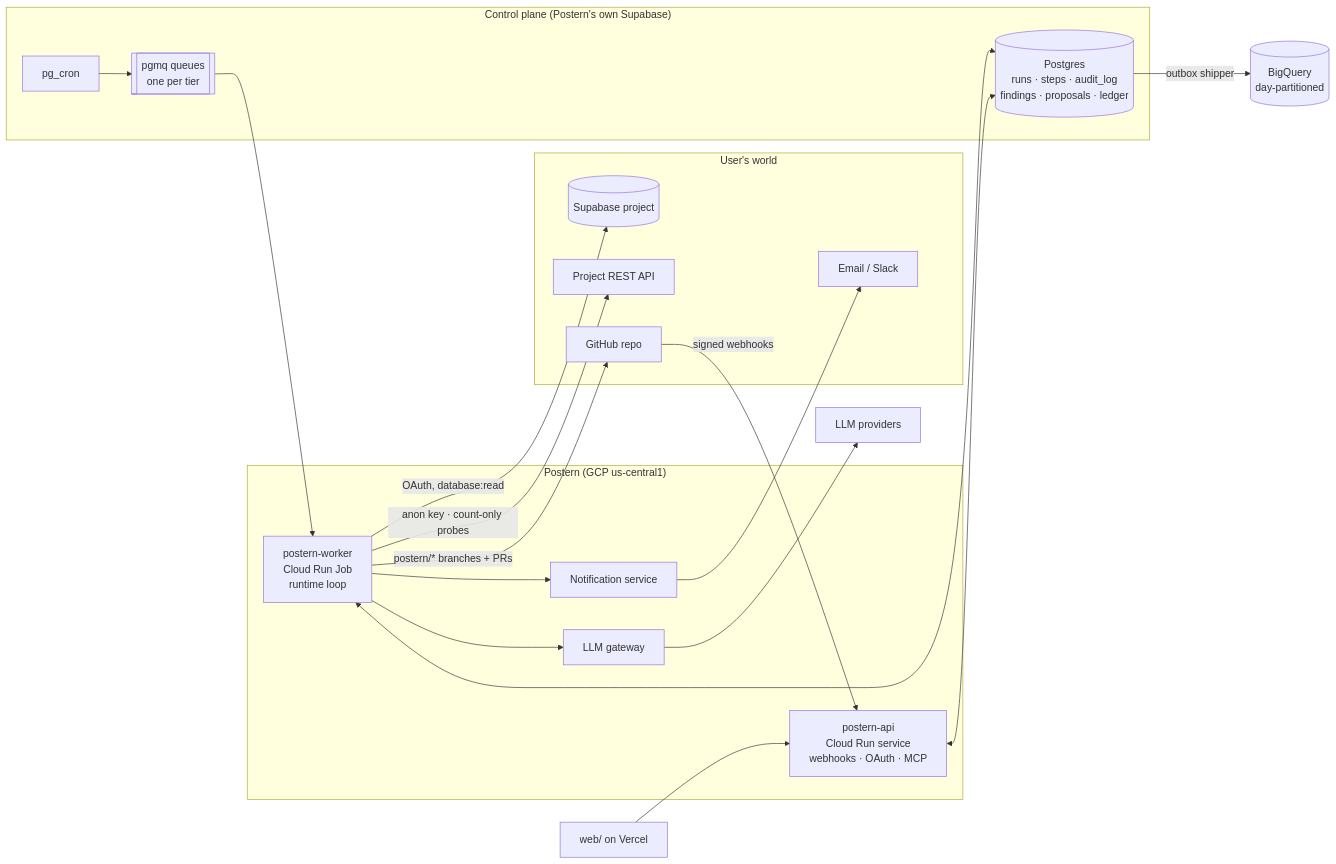
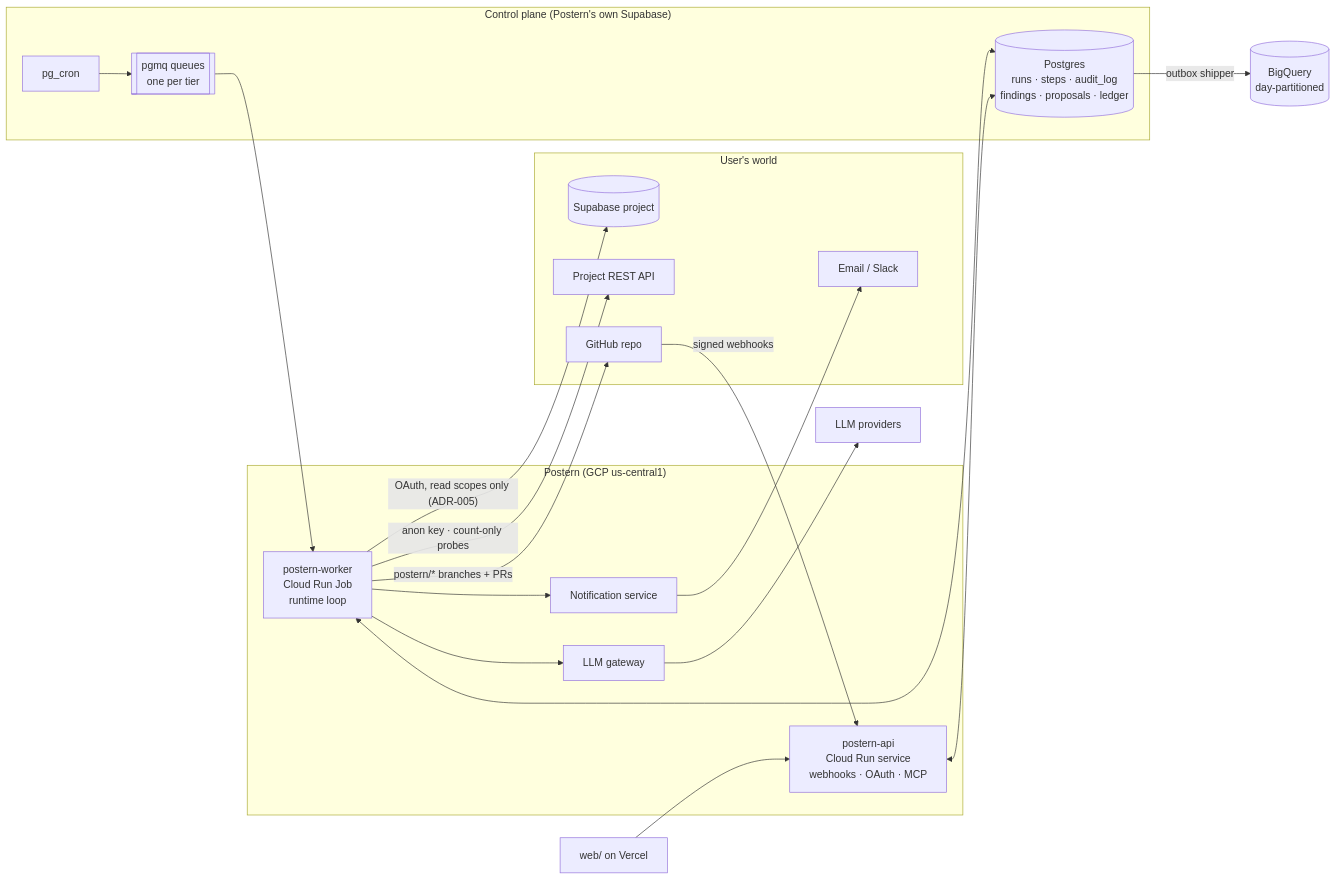
The diagram in docs/architecture.md (Dheeru-Reddy-ui/postern), drawn with Mermaid before and after one commit. The commit also changed other lines of this file and 16 other files, not shown here.

````diff
--- a/docs/architecture.md
+++ b/docs/architecture.md
@@ -8,39 +8,39 @@
 ```mermaid
 flowchart LR
     subgraph User["User's world"]
         SP[(Supabase project)]
         REST[Project REST API]
         GH[GitHub repo]
         INBOX[Email / Slack]
     end
 
     subgraph Postern["Postern (GCP us-central1)"]
         API[postern-api<br/>Cloud Run service<br/>webhooks · OAuth · MCP]
         W[postern-worker<br/>Cloud Run Job<br/>runtime loop]
         GW[LLM gateway]
         N[Notification service]
     end
 
     subgraph CP["Control plane (Postern's own Supabase)"]
         DB[(Postgres<br/>runs · steps · audit_log<br/>findings · proposals · ledger)]
         Q[[pgmq queues<br/>one per tier]]
         CRON[pg_cron]
     end
 
     BQ[(BigQuery<br/>day-partitioned)]
     LLM[LLM providers]
     WEB[web/ on Vercel]
 
     CRON --> Q
     Q --> W
-    W -- "OAuth, database:read" --> SP
+    W -- "OAuth, read scopes only (ADR-005)" --> SP
     W -- "anon key · count-only probes" --> REST
     W -- "postern/* branches + PRs" --> GH
     W --> GW --> LLM
     W --> N --> INBOX
     W <--> DB
     API <--> DB
     GH -- signed webhooks --> API
     DB -- outbox shipper --> BQ
     WEB --> API
 ```
````
